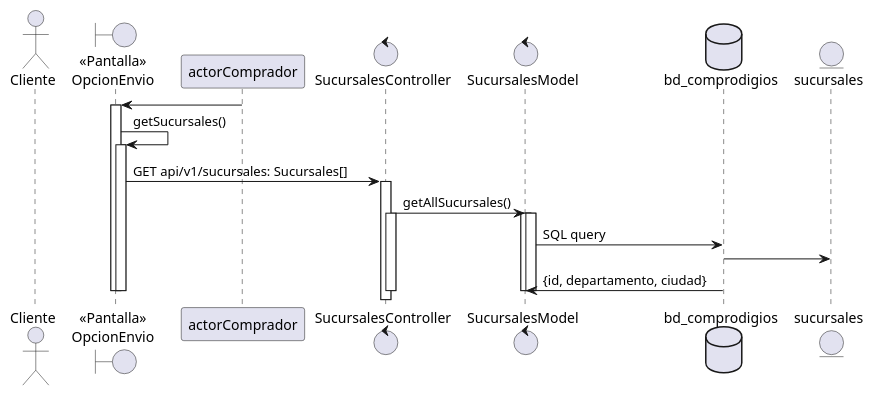
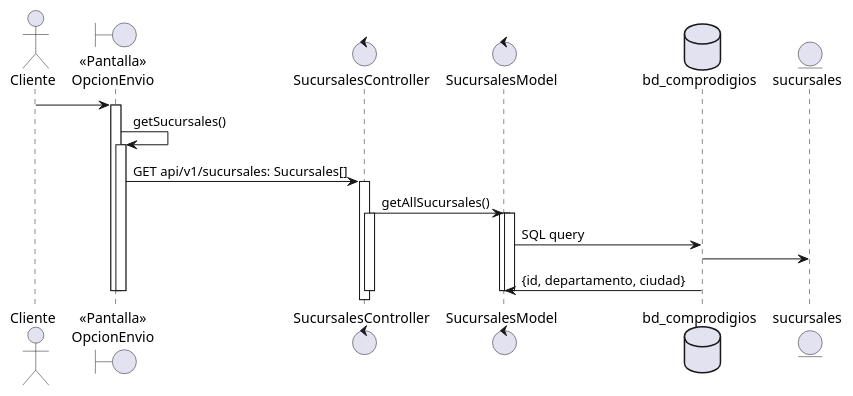
The diagram in ICONIX/Diagramas/Diagrama de secuencia/diagrama_secuencia_sucursales.puml (SofiGarcia09/Comprodigios), drawn with PlantUML before and after one commit. The commit also changed 29 other files, not shown here.

```diff
--- a/ICONIX/Diagramas/Diagrama de secuencia/diagrama_secuencia_sucursales.puml
+++ b/ICONIX/Diagramas/Diagrama de secuencia/diagrama_secuencia_sucursales.puml
@@ -1,29 +1,29 @@
 @startuml
 actor "Cliente" as actorCliente
 boundary "<<Pantalla>>\nOpcionEnvio" as boundryPantallaOpcionEnvio
 
-actorComprador -> boundryPantallaOpcionEnvio
+actorCliente -> boundryPantallaOpcionEnvio
 activate boundryPantallaOpcionEnvio
    boundryPantallaOpcionEnvio -> boundryPantallaOpcionEnvio: getSucursales()
     activate boundryPantallaOpcionEnvio
         control "SucursalesController" as sucursalesController
             control "SucursalesModel" as sucursalesModel
            boundryPantallaOpcionEnvio -> sucursalesController: GET api/v1/sucursales: Sucursales[]
             activate sucursalesController
                 sucursalesController -> sucursalesModel: getAllSucursales()
                 activate sucursalesController
                     database "bd_comprodigios" as dbComprodigios
                     entity sucursales
                     activate sucursalesModel
                         activate sucursalesModel
                             sucursalesModel -> dbComprodigios: SQL query
                             dbComprodigios -> sucursales
                             dbComprodigios -> sucursalesModel: {id, departamento, ciudad}
                         deactivate
 
                     deactivate
                 deactivate
         deactivate
     deactivate
 deactivate
 @enduml
```
